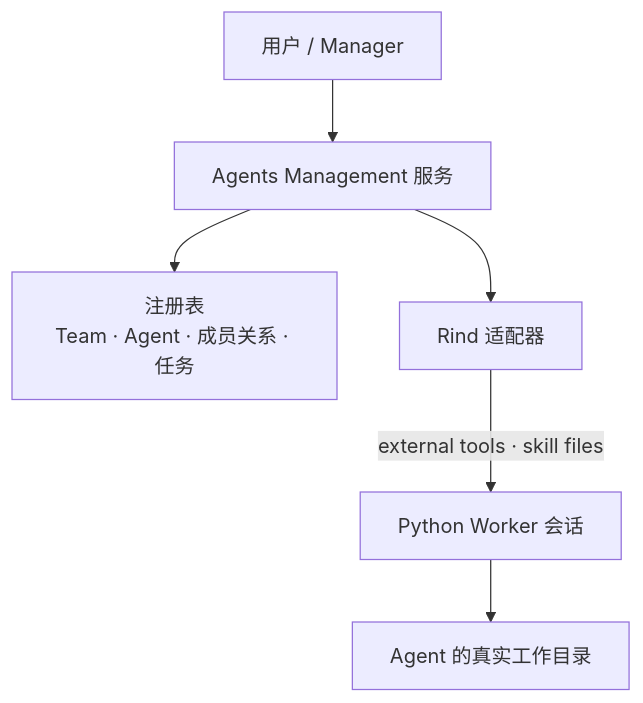
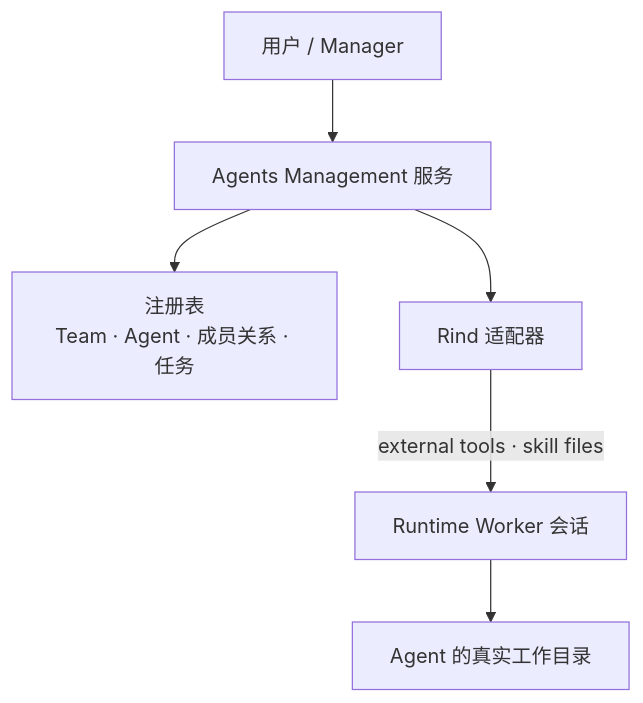
Before and after one commit to Azzurroooo/rind: the diagram in docs/internals/05-autonomy/teams.zh-CN.md, drawn with Mermaid. The commit also changed other lines of this file and 169 other files, not shown here.

Commit message:
feat(runtime,gateway): complete pure TypeScript migration and eliminate Python

```diff
--- a/docs/internals/05-autonomy/teams.zh-CN.md
+++ b/docs/internals/05-autonomy/teams.zh-CN.md
@@ -7,8 +7,8 @@
 ~~~mermaid
 flowchart TB
     U["用户 / Manager"] --> S["Agents Management 服务"]
     S --> R["注册表<br/>Team · Agent · 成员关系 · 任务"]
     S --> A["Rind 适配器"]
-    A -->|"external tools · skill files"| W["Python Worker 会话"]
+    A -->|"external tools · skill files"| W["Runtime Worker 会话"]
     W --> D["Agent 的真实工作目录"]
 ~~~
```
